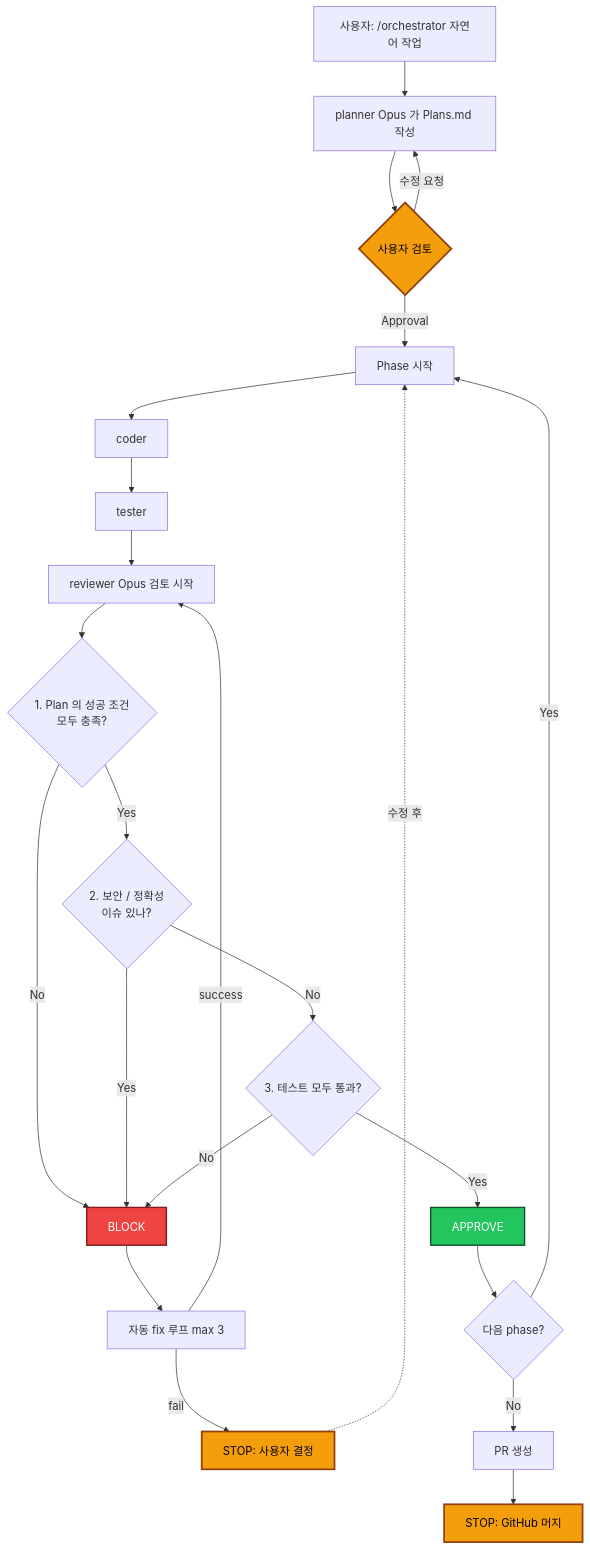
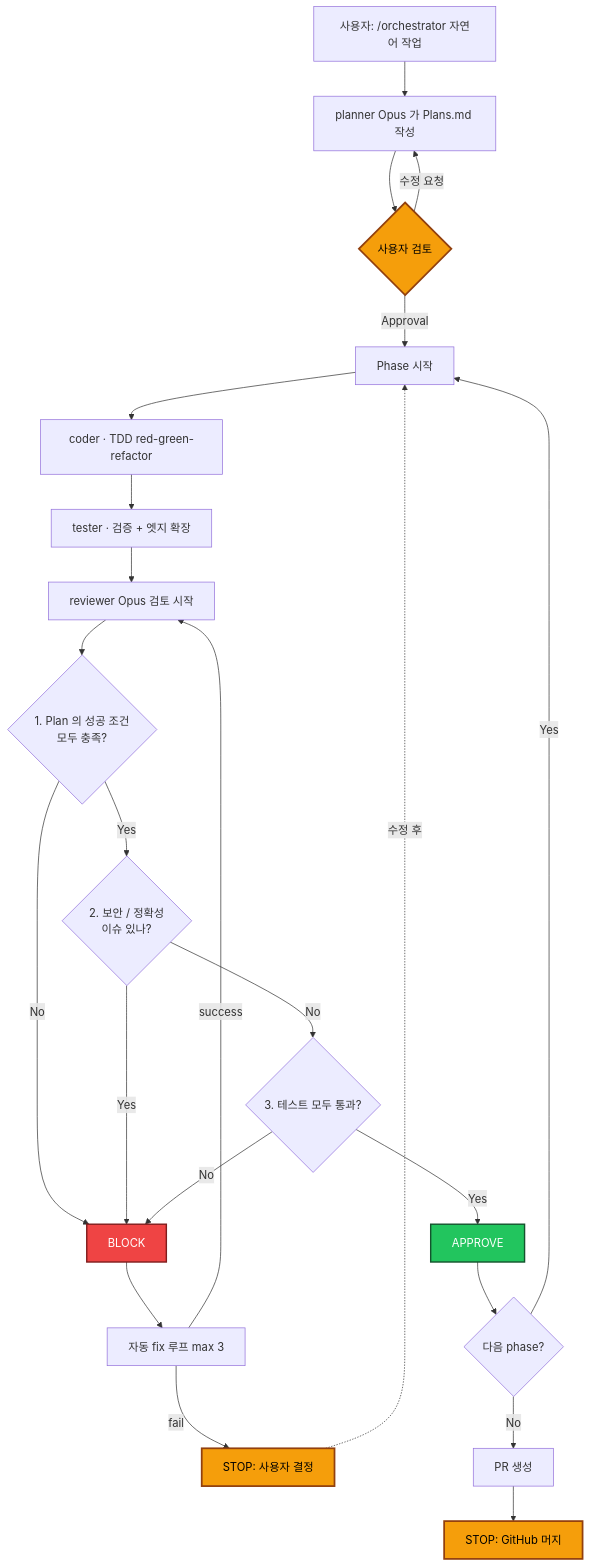
Before and after one commit to jangheejeong/claude-code-harness: the diagram in README.md, drawn with Mermaid. The commit also changed other lines of this file, not shown here.

First line of the commit message:
docs: align README artifacts with TDD-as-default

````diff
--- a/README.md
+++ b/README.md
@@ -152,36 +163,36 @@
 ```mermaid
 flowchart TD
     Start[사용자: /orchestrator 자연어 작업] --> Plan[planner Opus 가 Plans.md 작성]
     Plan --> Gate1{사용자 검토}
     Gate1 -->|Approval| Phase[Phase 시작]
     Gate1 -->|수정 요청| Plan
 
-    Phase --> Coder[coder]
-    Coder --> Tester[tester]
+    Phase --> Coder[coder · TDD red-green-refactor]
+    Coder --> Tester[tester · 검증 + 엣지 확장]
     Tester --> R[reviewer Opus 검토 시작]
 
     R --> C1{1. Plan 의 성공 조건<br/>모두 충족?}
     C1 -->|No| BLOCK[BLOCK]
     C1 -->|Yes| C2{2. 보안 / 정확성<br/>이슈 있나?}
     C2 -->|Yes| BLOCK
     C2 -->|No| C3{3. 테스트 모두 통과?}
     C3 -->|No| BLOCK
     C3 -->|Yes| APPROVE[APPROVE]
 
     BLOCK --> Fix[자동 fix 루프 max 3]
     Fix -->|fail| Gate2[STOP: 사용자 결정]
     Fix -->|success| R
     Gate2 -.수정 후.-> Phase
 
     APPROVE --> Next{다음 phase?}
     Next -->|Yes| Phase
     Next -->|No| PR[PR 생성]
     PR --> Gate3[STOP: GitHub 머지]
 
     classDef gate fill:#f59e0b,stroke:#92400e,stroke-width:2.5px,color:#000
     class Gate1,Gate2,Gate3 gate
     classDef block fill:#ef4444,stroke:#7f1d1d,stroke-width:2px,color:#fff
     class BLOCK block
     classDef approve fill:#22c55e,stroke:#14532d,stroke-width:2px,color:#fff
     class APPROVE approve
 ```
````
